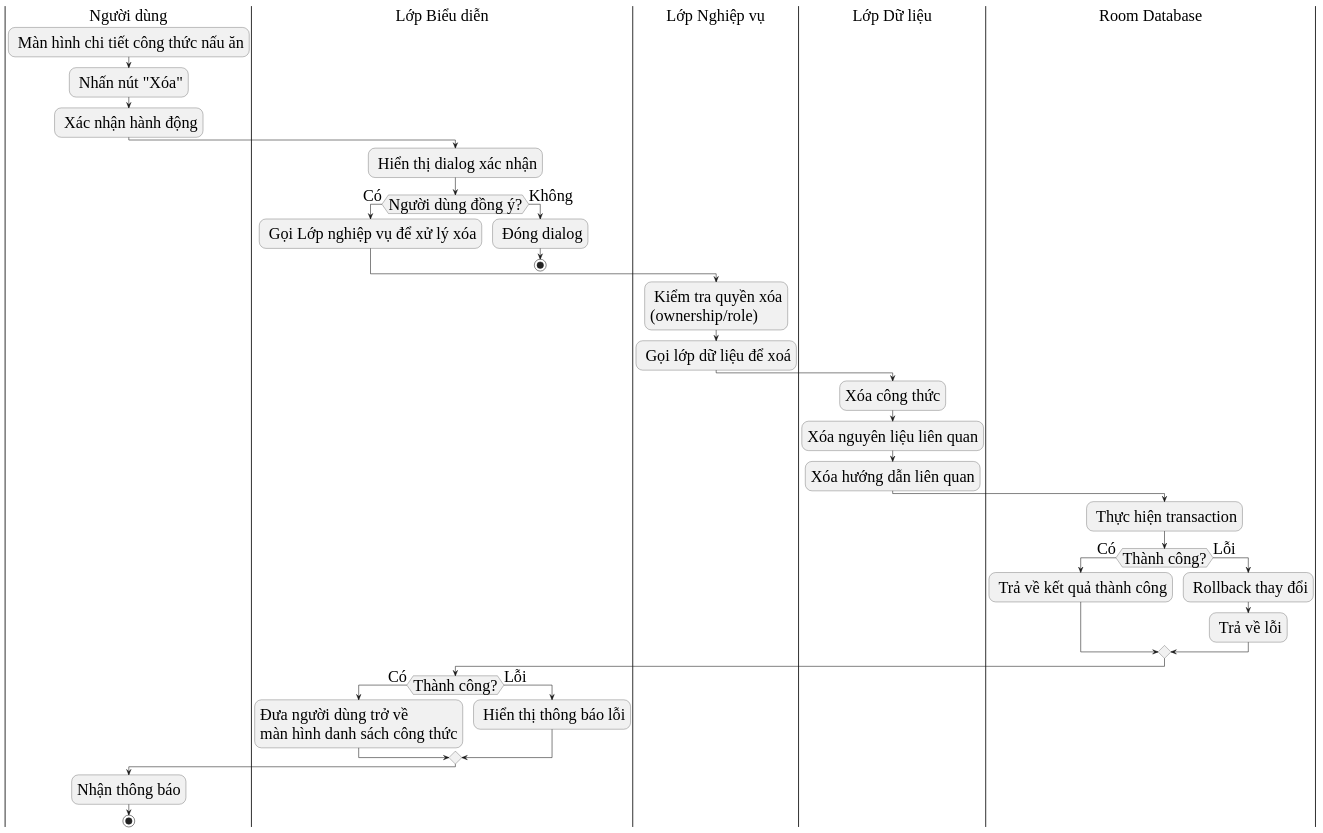
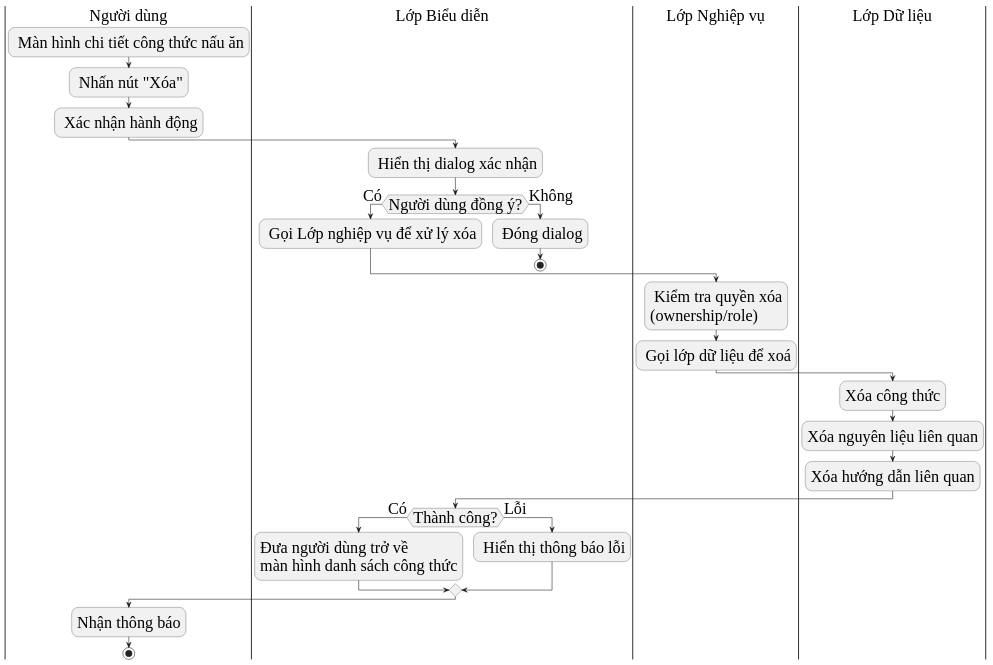
Before and after one commit to thecodinglife320/CookGood: the diagram in diagram/delete_recipe.puml, drawn with PlantUML. The commit also changed 38 other files, not shown here.

```diff
--- a/diagram/delete_recipe.puml
+++ b/diagram/delete_recipe.puml
@@ -1,49 +1,39 @@
 @startuml
 skinparam DefaultFontName "Liberation Serif"
 skinparam DefaultFontSize 30
 
 |Người dùng|
 : Màn hình chi tiết công thức nấu ăn;
 : Nhấn nút "Xóa";
 : Xác nhận hành động;
 
 |Lớp Biểu diễn|
 : Hiển thị dialog xác nhận;
 if (Người dùng đồng ý?) then (Có)
   : Gọi Lớp nghiệp vụ để xử lý xóa;
 else (Không)
   : Đóng dialog;
   stop
 endif
 
 |Lớp Nghiệp vụ|
 : Kiểm tra quyền xóa\n(ownership/role);
 : Gọi lớp dữ liệu để xoá;
 
 |Lớp Dữ liệu|
 :Xóa công thức;
 :Xóa nguyên liệu liên quan;
 :Xóa hướng dẫn liên quan;
 
-
-|Room Database|
-: Thực hiện transaction;
-if (Thành công?) then (Có)
-  : Trả về kết quả thành công;
-else (Lỗi)
-  : Rollback thay đổi;
-  : Trả về lỗi;
-endif
-
 |Lớp Biểu diễn|
 if (Thành công?) then (Có)
   :Đưa người dùng trở về\nmàn hình danh sách công thức;
 else (Lỗi)
   : Hiển thị thông báo lỗi;
 endif
 
 |Người dùng|
 :Nhận thông báo;
 
 stop
 @enduml
```
